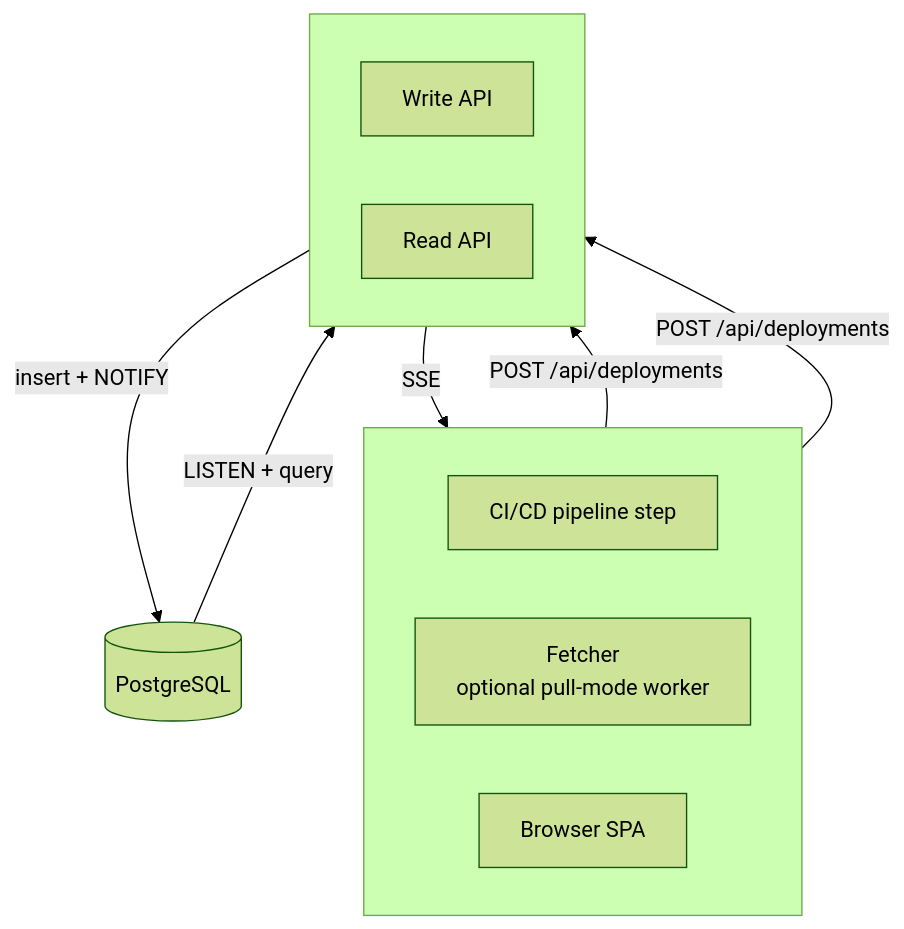
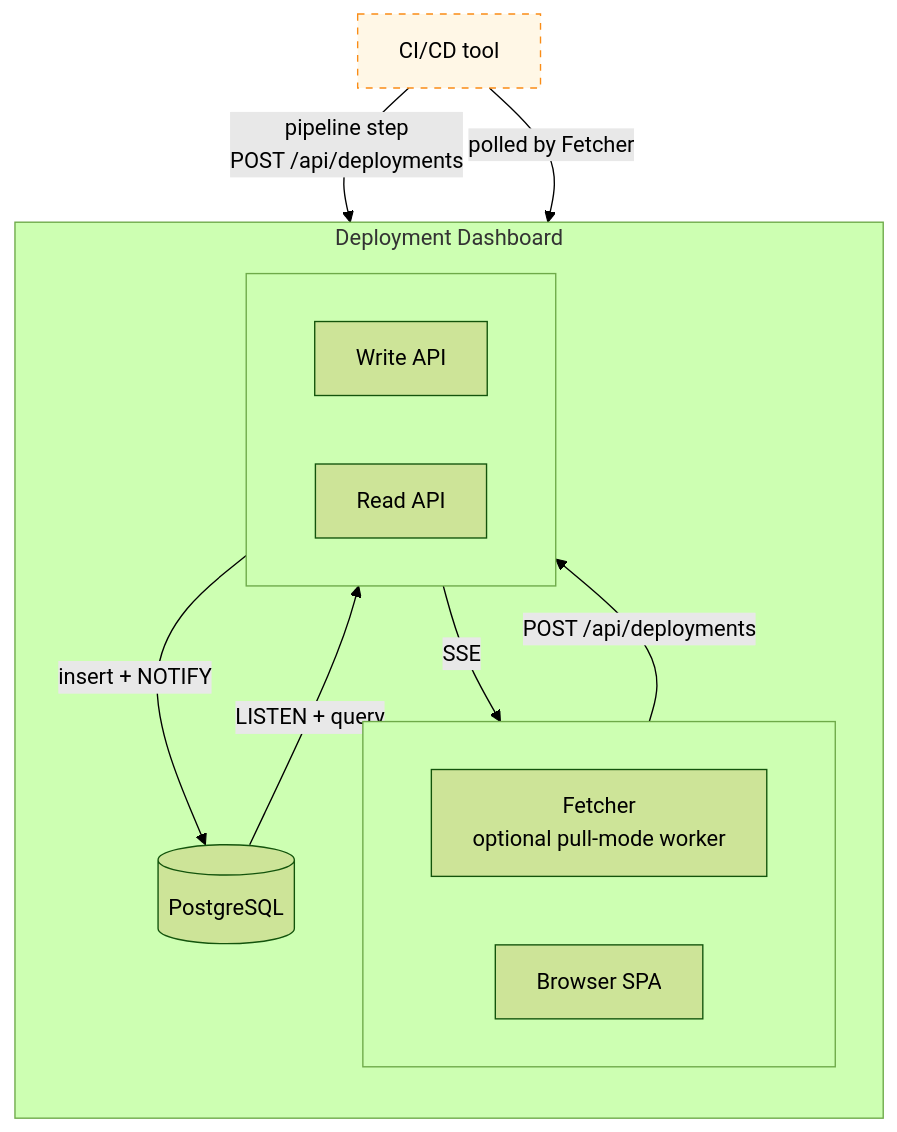
One commit to kostiantyn-matsebora/deployment-dashboard changed the diagram in README.md. Above: the diagram before and after it, drawn with Mermaid (forest theme).

Commit message:
docs(readme): mark solution boundary + show fetcher's poll path
- Wrap our components (Fetcher, Write/Read APIs, PostgreSQL, Browser
  SPA) inside a 'Deployment Dashboard' subgraph to make the solution
  boundary visible.
- Style the external CI/CD tool with a dashed orange border so it
  reads as outside the system.
- Add an explicit 'polled by Fetcher' arrow from the CI/CD tool to
  the Fetcher (previously the diagram only showed the Fetcher pushing
  to Write, not where it pulls from).
- Rename 'CI/CD pipeline step' node to 'CI/CD tool' so both the
  pipeline-step push path and the API poll path can attach to the
  same upstream node.

````diff
--- a/README.md
+++ b/README.md
@@ -62,21 +62,28 @@
 ```mermaid
 flowchart TB
-    subgraph clients [" "]
-        direction LR
-        CI[CI/CD pipeline step]
-        Fetcher[Fetcher<br/>optional pull-mode worker]
-        SPA[Browser SPA]
+    CI[CI/CD tool]:::external
+
+    subgraph dashboard ["Deployment Dashboard"]
+        direction TB
+        subgraph endpoints [" "]
+            direction LR
+            Fetcher[Fetcher<br/>optional pull-mode worker]
+            SPA[Browser SPA]
+        end
+        subgraph apis [" "]
+            direction LR
+            Write[Write API]
+            Read[Read API]
+        end
+        DB[(PostgreSQL)]
     end
-    subgraph services [" "]
-        direction LR
-        Write[Write API]
-        Read[Read API]
-    end
-    DB[(PostgreSQL)]
 
-    CI -->|POST /api/deployments| Write
+    classDef external fill:#fff7e6,stroke:#fa8c16,stroke-width:1px,stroke-dasharray: 5 5,color:#000
+
+    CI -->|pipeline step<br/>POST /api/deployments| Write
+    CI -->|polled by Fetcher| Fetcher
     Fetcher -->|POST /api/deployments| Write
     Write -->|insert + NOTIFY| DB
     DB -->|LISTEN + query| Read
     Read -->|SSE| SPA
 ```
````
